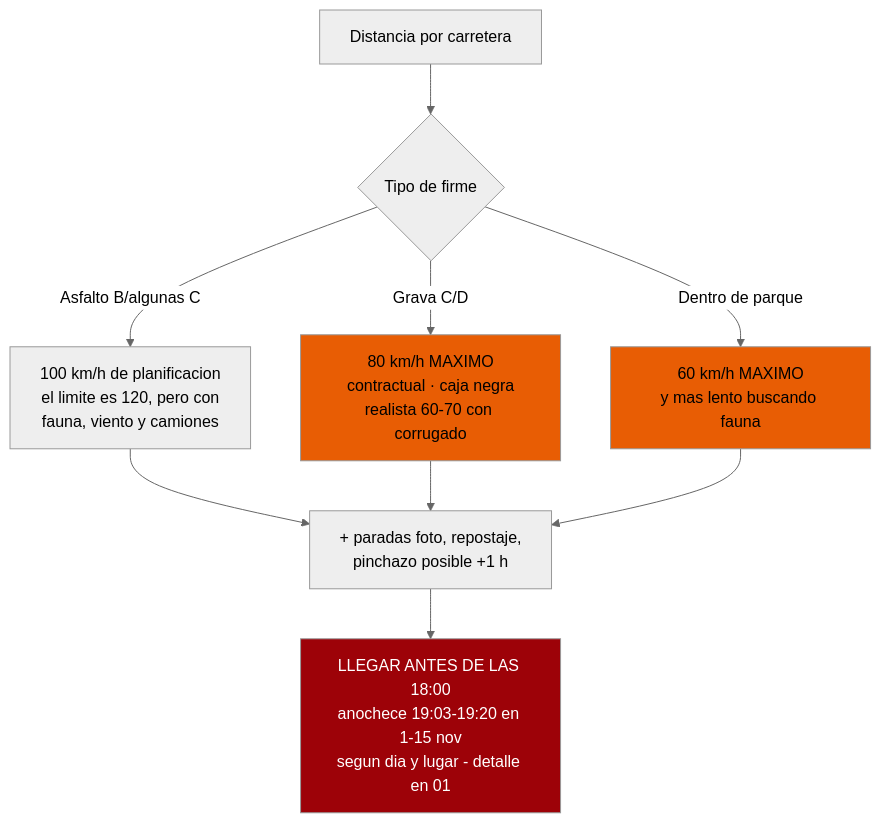
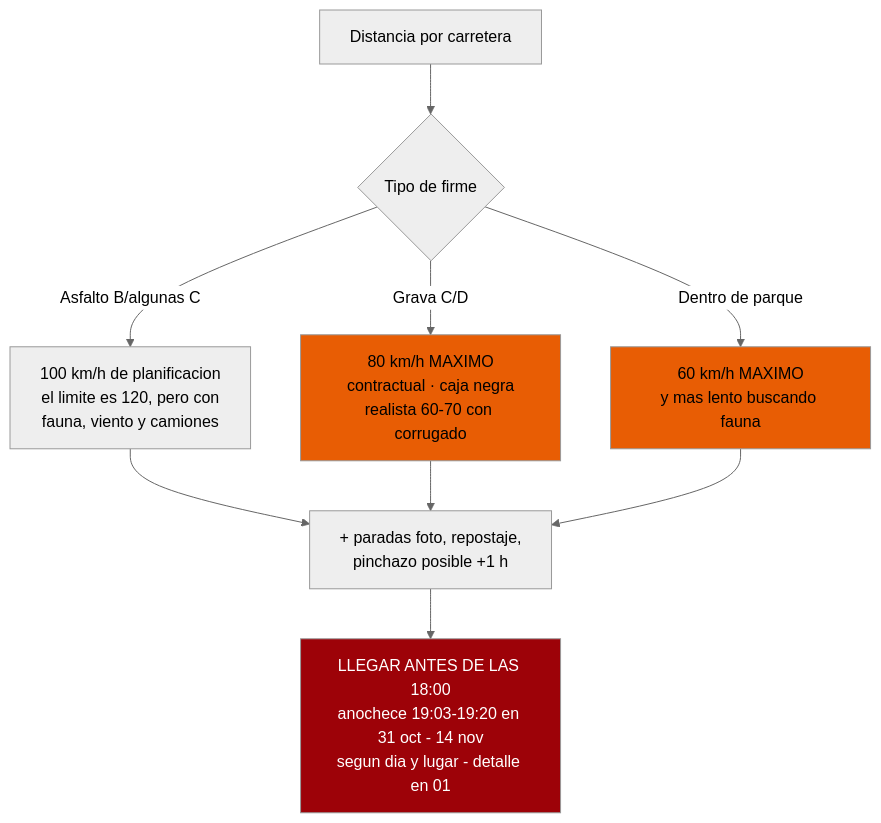
The diagram in 13-itinerario.md (morandeirachema/namibia), drawn with Mermaid (neutral theme) before and after one commit. The commit also changed other lines of this file and 25 other files, not shown here.

````diff
--- a/13-itinerario.md
+++ b/13-itinerario.md
@@ -33,14 +34,14 @@
 ```mermaid
 flowchart TD
     A["Distancia por carretera"] --> B{"Tipo de firme"}
     B -->|"Asfalto B/algunas C"| C["100 km/h de planificacion<br/>el limite es 120, pero con<br/>fauna, viento y camiones"]
     B -->|"Grava C/D"| D["80 km/h MAXIMO<br/>contractual · caja negra<br/>realista 60-70 con corrugado"]
     B -->|"Dentro de parque"| E["60 km/h MAXIMO<br/>y mas lento buscando fauna"]
     C --> F["+ paradas foto, repostaje,<br/>pinchazo posible +1 h"]
     D --> F
     E --> F
-    F --> G["LLEGAR ANTES DE LAS 18:00<br/>anochece 19:03-19:20 en 1-15 nov<br/>segun dia y lugar - detalle en 01"]
+    F --> G["LLEGAR ANTES DE LAS 18:00<br/>anochece 19:03-19:20 en 31 oct - 14 nov<br/>segun dia y lugar - detalle en 01"]
     style D fill:#e85d04,color:#000
     style E fill:#e85d04,color:#000
     style G fill:#9d0208,color:#fff
 ```
````
